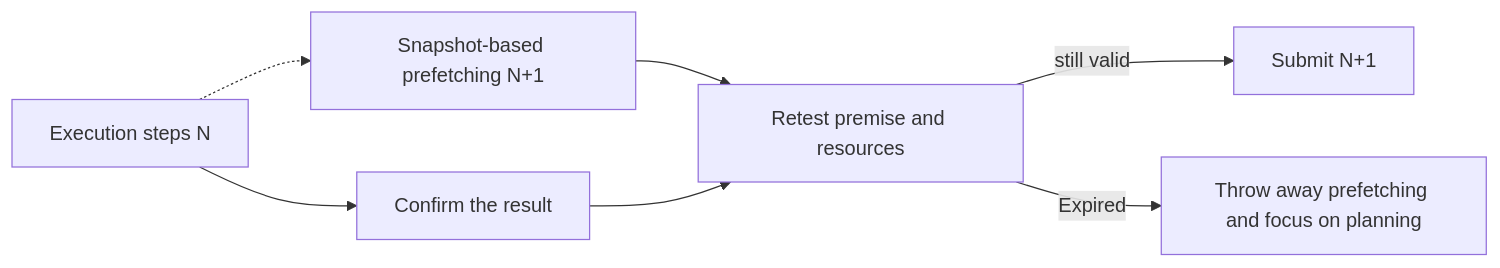
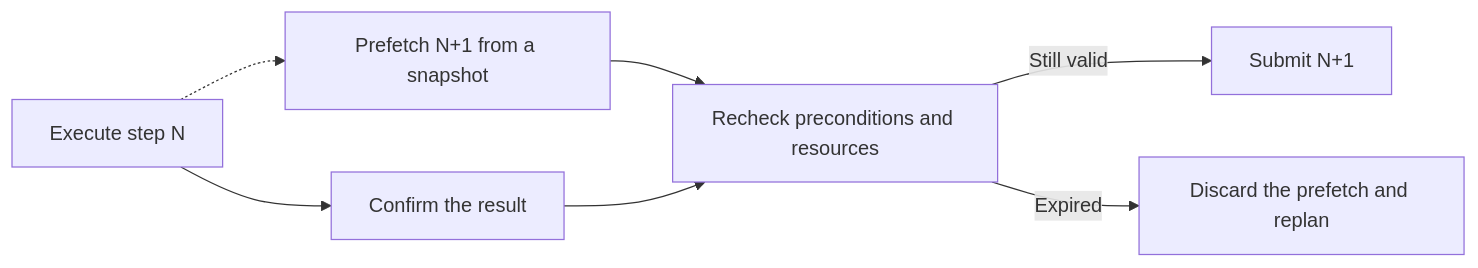
The seventh of 7 diagrams in _translations/en/research/Embodied-Agent-Harness-Survey.md (TingdeLiu/tingdeliu.github.io), drawn with Mermaid before and after one commit. The commit also changed other lines of this file and 51 other files, not shown here.

````diff
--- a/_translations/en/research/Embodied-Agent-Harness-Survey.md
+++ b/_translations/en/research/Embodied-Agent-Harness-Survey.md
@@ -440,9 +440,9 @@
 ```mermaid
 flowchart LR
-    Execute["Execution steps N"] --> Result["Confirm the result"]
-    Execute -.-> Prefetch["Snapshot-based prefetching N+1"]
-    Prefetch --> Check["Retest premise and resources"]
+    Execute["Execute step N"] --> Result["Confirm the result"]
+    Execute -.-> Prefetch["Prefetch N+1 from a snapshot"]
+    Prefetch --> Check["Recheck preconditions and resources"]
     Result --> Check
-    Check -->|"still valid"| Commit["Submit N+1"]
-    Check -->|"Expired"| Replan["Throw away prefetching and focus on planning"]
+    Check -->|"Still valid"| Commit["Submit N+1"]
+    Check -->|"Expired"| Replan["Discard the prefetch and replan"]
 ```
````
